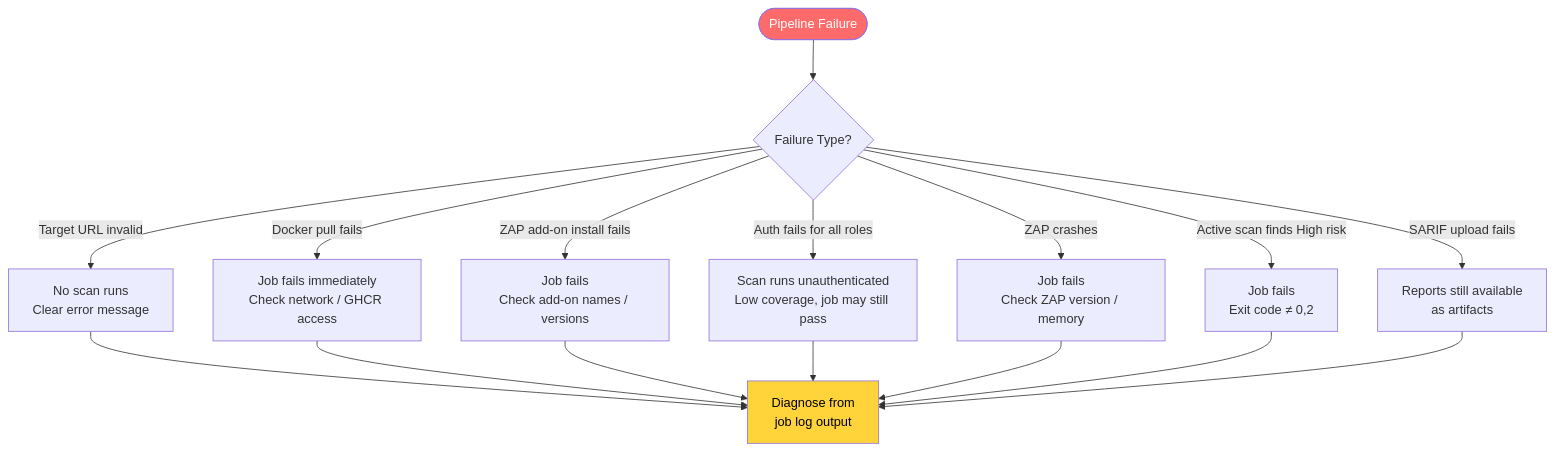
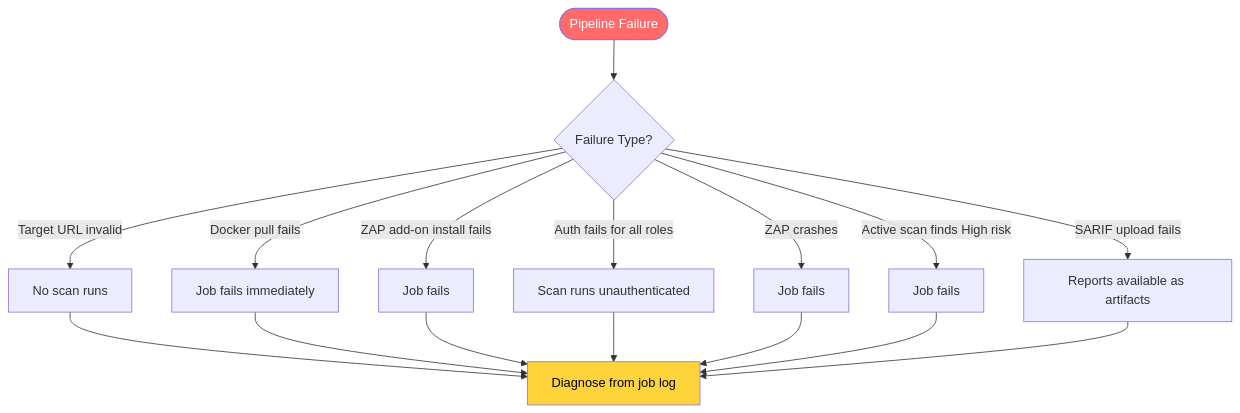
One commit to shubbbbyyyy/DASTSCANNER changed the fifth of 5 diagrams in docs/06-execution-flow.md. Above: the diagram before and after it, drawn with Mermaid. The commit also changed other lines of this file and 6 other files, not shown here.

First line of the commit message:
Fix Mermaid rendering issues across all docs

````diff
--- a/docs/06-execution-flow.md
+++ b/docs/06-execution-flow.md
@@ -271,23 +256,23 @@
 ```mermaid
 flowchart TD
     FAIL([Pipeline Failure]) --> F1{Failure Type?}
 
-    F1 -->|Target URL invalid| F1A[No scan runs<br/>Clear error message]
-    F1 -->|Docker pull fails| F1B[Job fails immediately<br/>Check network / GHCR access]
-    F1 -->|ZAP add-on install fails| F1C[Job fails<br/>Check add-on names / versions]
-    F1 -->|Auth fails for all roles| F1D[Scan runs unauthenticated<br/>Low coverage, job may still pass]
-    F1 -->|ZAP crashes| F1E[Job fails<br/>Check ZAP version / memory]
-    F1 -->|Active scan finds High risk| F1F[Job fails<br/>Exit code ≠ 0,2]
-    F1 -->|SARIF upload fails| F1G[Reports still available<br/>as artifacts]
+    F1 -->|Target URL invalid| F1A[No scan runs]
+    F1 -->|Docker pull fails| F1B[Job fails immediately]
+    F1 -->|ZAP add-on install fails| F1C[Job fails]
+    F1 -->|Auth fails for all roles| F1D[Scan runs unauthenticated]
+    F1 -->|ZAP crashes| F1E[Job fails]
+    F1 -->|Active scan finds High risk| F1F[Job fails]
+    F1 -->|SARIF upload fails| F1G[Reports available as artifacts]
 
-    F1A --> DIAG[Diagnose from<br/>job log output]
+    F1A --> DIAG[Diagnose from job log]
     F1B --> DIAG
     F1C --> DIAG
     F1D --> DIAG
     F1E --> DIAG
     F1F --> DIAG
     F1G --> DIAG
 
     style FAIL fill:#ff6b6b,color:#fff
     style DIAG fill:#ffd43b,color:#000
 ```
````
